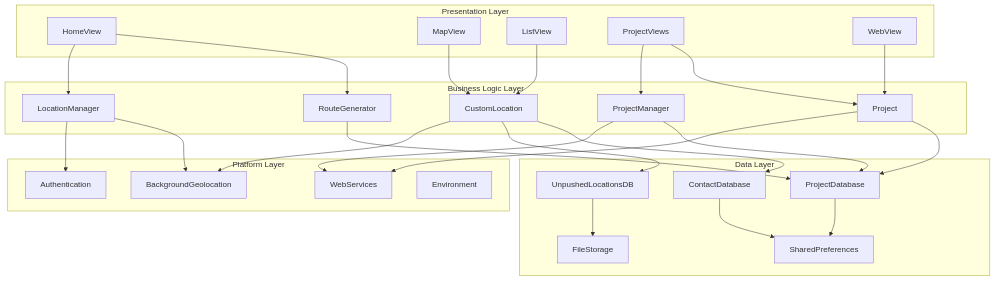
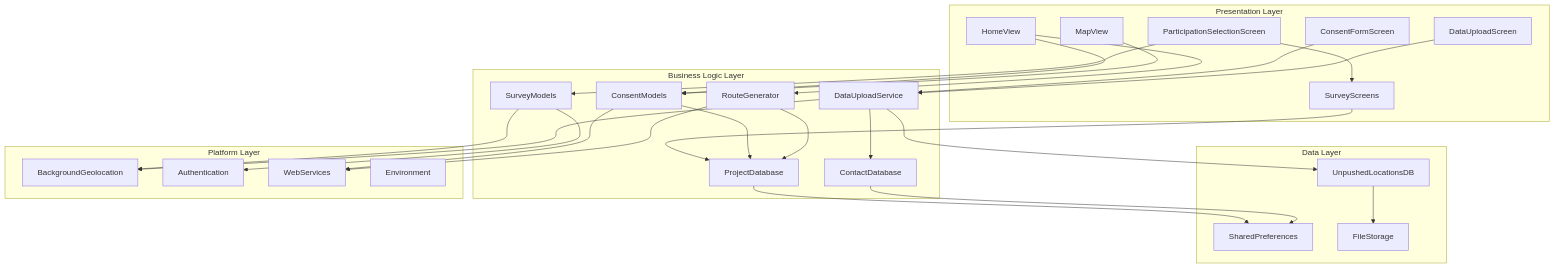
Before and after one commit to ActivitySpaceLab/wellbeing-mapper-app: the first of 7 diagrams in docs/ARCHITECTURE.md, drawn with Mermaid. The commit also changed other lines of this file and 12 other files, not shown here.

````diff
--- a/docs/ARCHITECTURE.md
+++ b/docs/ARCHITECTURE.md
@@ -71,57 +124,59 @@
 ```mermaid
 graph TB
     subgraph "Presentation Layer"
-        A[HomeView]
-        B[MapView]
-        C[ListView]
-        D[ProjectViews]
-        E[WebView]
+        A[ParticipationSelectionScreen]
+        B[ConsentFormScreen]
+        C[DataUploadScreen]
+        D[HomeView]
+        E[MapView]
+        F[SurveyScreens]
     end
     
     subgraph "Business Logic Layer"
-        F[RouteGenerator]
-        G[CustomLocation]
-        H[Project]
-        I[LocationManager]
-        J[ProjectManager]
+        G[DataUploadService]
+        H[ConsentModels]
+        I[SurveyModels]
+        J[RouteGenerator]
+        K[CustomLocation]
+        L[LocationManager]
     end
     
     subgraph "Data Layer"
         K[ProjectDatabase]
         L[ContactDatabase]
         M[UnpushedLocationsDB]
         N[SharedPreferences]
         O[FileStorage]
     end
     
     subgraph "Platform Layer"
         P[BackgroundGeolocation]
         Q[Authentication]
         R[WebServices]
         S[Environment]
     end
     
     A --> F
     A --> I
     B --> G
     C --> G
     D --> H
     D --> J
     E --> H
     
     F --> K
     G --> L
     G --> M
     H --> K
     I --> P
     J --> K
     
     G --> P
     H --> R
     I --> Q
     J --> R
     
     K --> N
     L --> N
     M --> O
 ```
````
